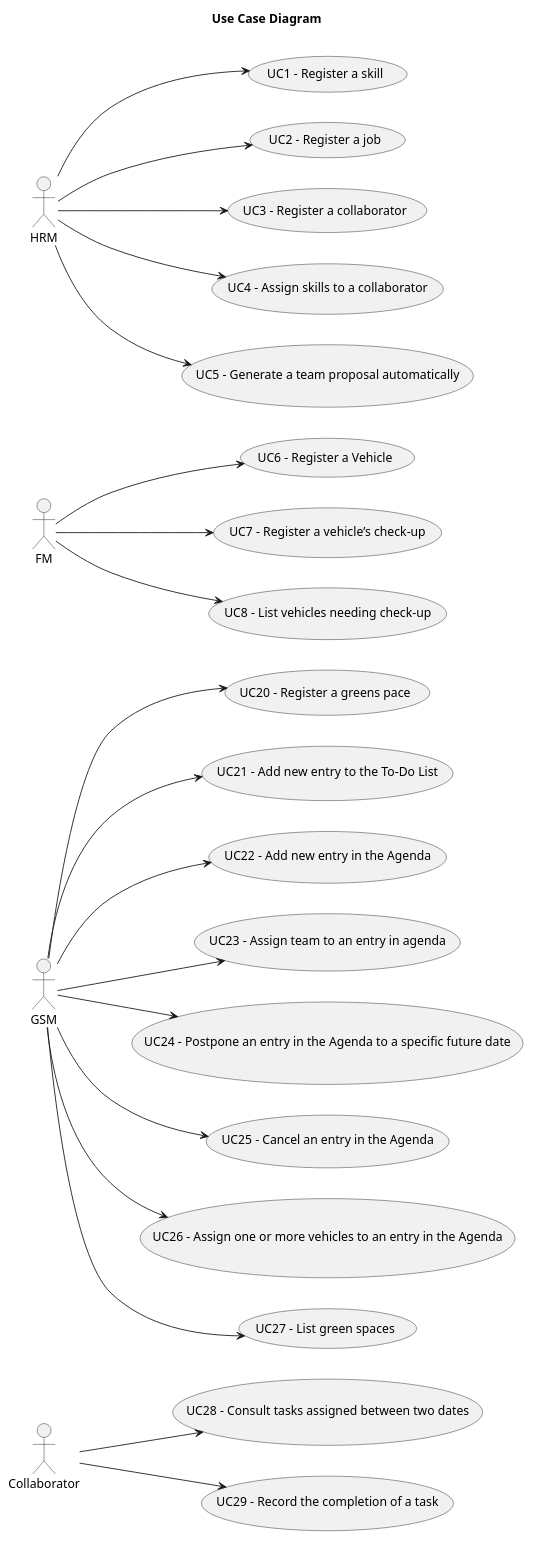
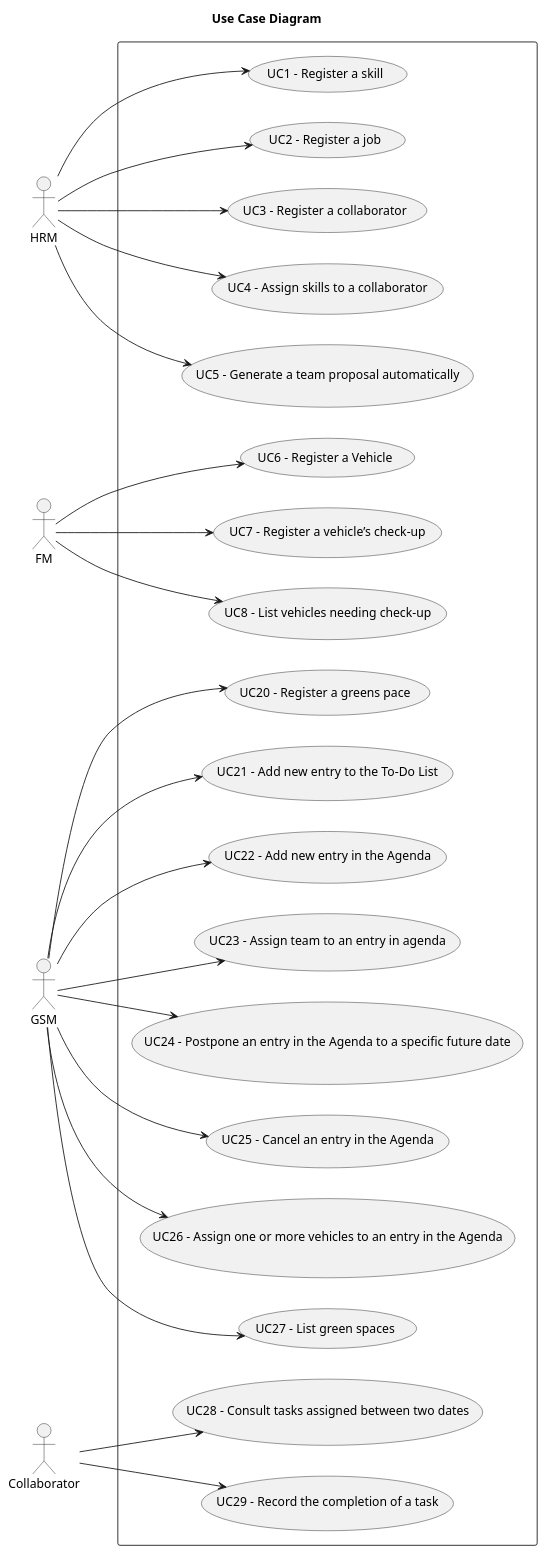
One commit to Rui-San/LAPR2_2023_2024 changed the diagram in docs/sprintC/global-artifacts/01.requirements-engineering/puml/use-case-diagram.puml. Above: the diagram before and after it, drawn with PlantUML. The commit also changed 46 other files, not shown here.

```diff
--- a/docs/sprintC/global-artifacts/01.requirements-engineering/puml/use-case-diagram.puml
+++ b/docs/sprintC/global-artifacts/01.requirements-engineering/puml/use-case-diagram.puml
@@ -1,67 +1,63 @@
 @startuml
 'skinparam monochrome true
 skinparam packageStyle rectangle
 'skinparam shadowing false
-
-skinparam rectangle {
-    borderColor transparent
-}
 
 title Use Case Diagram
 
 left to right direction
 
     actor "HRM"
     actor "FM"
     actor "GSM"
     actor "Collaborator"
 
 
 rectangle {
 
 
     usecase "UC1 - Register a skill" as UC1
     usecase "UC2 - Register a job" as UC2
     usecase "UC3 - Register a collaborator" as UC3
     usecase "UC4 - Assign skills to a collaborator" as UC4
     usecase "UC5 - Generate a team proposal automatically" as UC5
     usecase "UC6 - Register a Vehicle" as UC6
     usecase "UC7 - Register a vehicle’s check-up" as UC7
     usecase "UC8 - List vehicles needing check-up" as UC8
     usecase "UC20 - Register a greens pace" as UC20
     usecase "UC21 - Add new entry to the To-Do List" as UC21
     usecase "UC22 - Add new entry in the Agenda" as UC22
     usecase "UC23 - Assign team to an entry in agenda" as UC23
     usecase "UC24 - Postpone an entry in the Agenda to a specific future date" as UC24
     usecase "UC25 - Cancel an entry in the Agenda" as UC25
     usecase "UC26 - Assign one or more vehicles to an entry in the Agenda" as UC26
     usecase "UC27 - List green spaces" as UC27
     usecase "UC28 - Consult tasks assigned between two dates" as UC28
     usecase "UC29 - Record the completion of a task" as UC29
 
 
     HRM --> UC1
     HRM --> UC2
     HRM --> UC3
     HRM --> UC4
     HRM --> UC5
     FM --> UC6
     FM --> UC7
     FM --> UC8
     GSM --> UC20
     GSM --> UC21
     GSM --> UC22
     GSM --> UC23
     GSM --> UC24
     GSM --> UC25
     GSM --> UC26
     GSM --> UC27
     Collaborator --> UC28
     Collaborator --> UC29
 
 
 
 }
 
 
 @enduml
```
